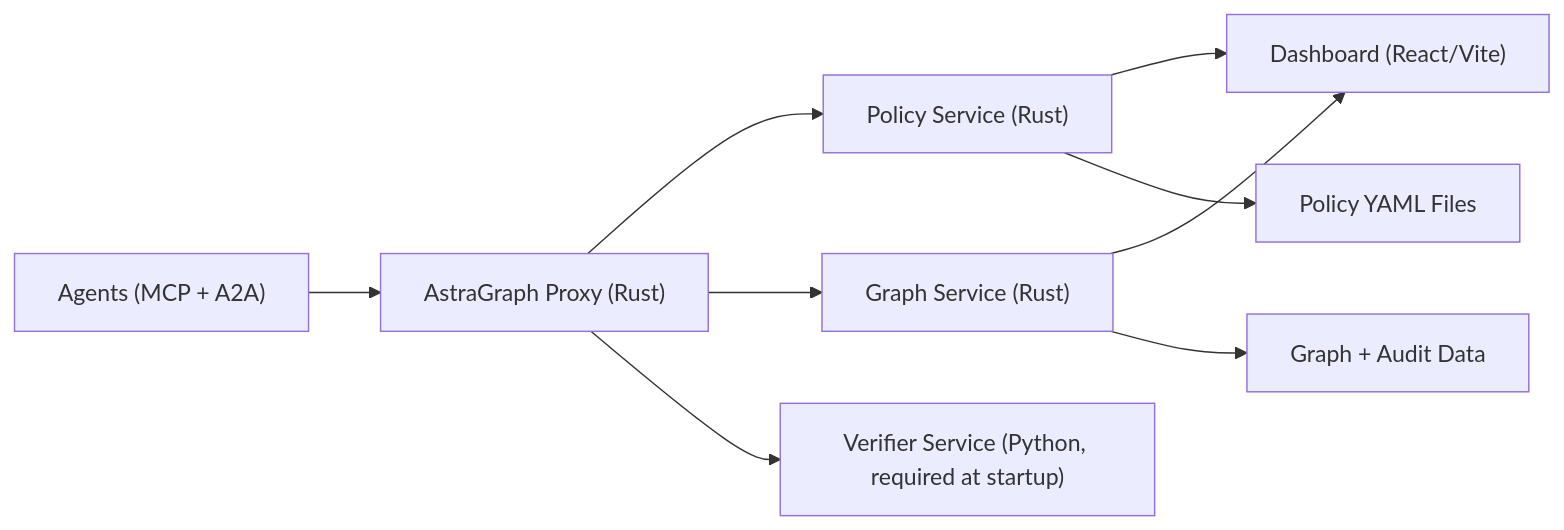
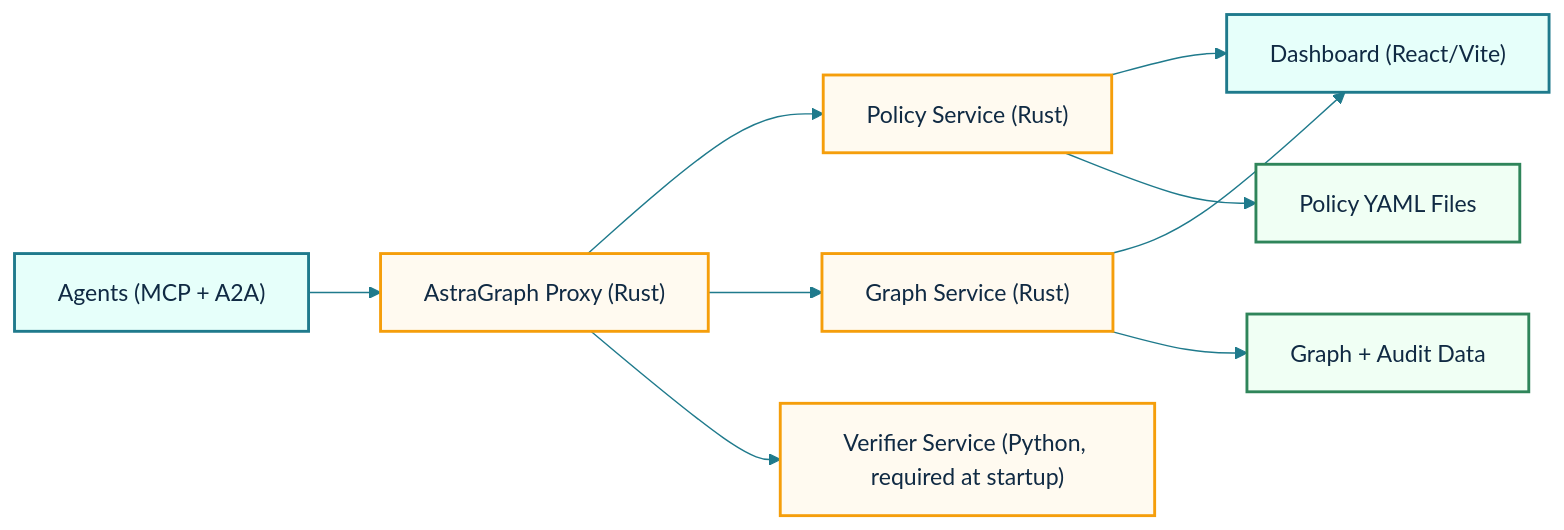
The first of 2 diagrams in README.md (yagna-1/astragraph), drawn with Mermaid before and after one commit. The commit also changed other lines of this file, not shown here.

Commit message:
docs: add visual README styling and themed diagrams

````diff
--- a/README.md
+++ b/README.md
@@ -16,11 +22,27 @@
 ```mermaid
+%%{init: {'theme':'base','themeVariables':{
+'primaryColor':'#e6fffa',
+'primaryTextColor':'#102a43',
+'primaryBorderColor':'#1f7a8c',
+'lineColor':'#1f7a8c',
+'secondaryColor':'#f0fff4',
+'tertiaryColor':'#fffaf0'
+}}}%%
 flowchart LR
     AGENTS["Agents (MCP + A2A)"] --> PROXY["AstraGraph Proxy (Rust)"]
     PROXY --> POLICY["Policy Service (Rust)"]
     PROXY --> GRAPH["Graph Service (Rust)"]
     PROXY --> VERIFIER["Verifier Service (Python, required at startup)"]
     GRAPH --> DASH["Dashboard (React/Vite)"]
     POLICY --> DASH
     POLICY --> POLICYFILES["Policy YAML Files"]
     GRAPH --> DATASTORE["Graph + Audit Data"]
+
+    classDef edge fill:#e6fffa,stroke:#1f7a8c,stroke-width:2px,color:#102a43;
+    classDef core fill:#fffaf0,stroke:#f59e0b,stroke-width:2px,color:#102a43;
+    classDef store fill:#f0fff4,stroke:#2f855a,stroke-width:2px,color:#102a43;
+
+    class AGENTS,DASH edge;
+    class PROXY,POLICY,GRAPH,VERIFIER core;
+    class POLICYFILES,DATASTORE store;
 ```
````
